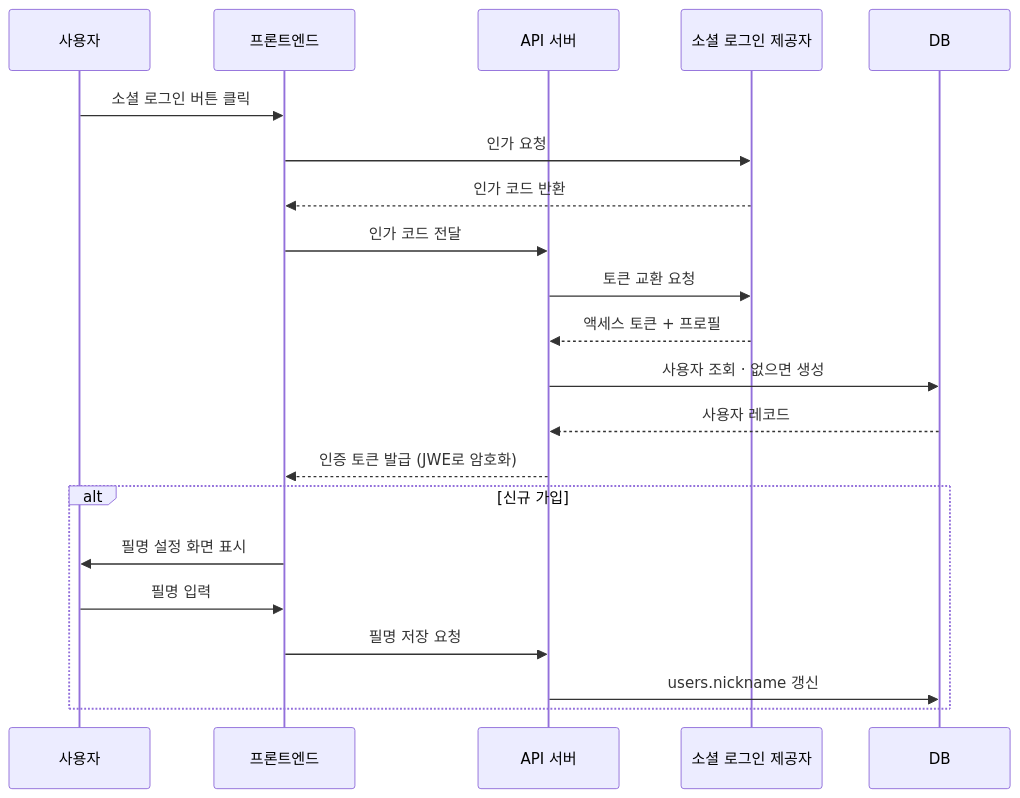
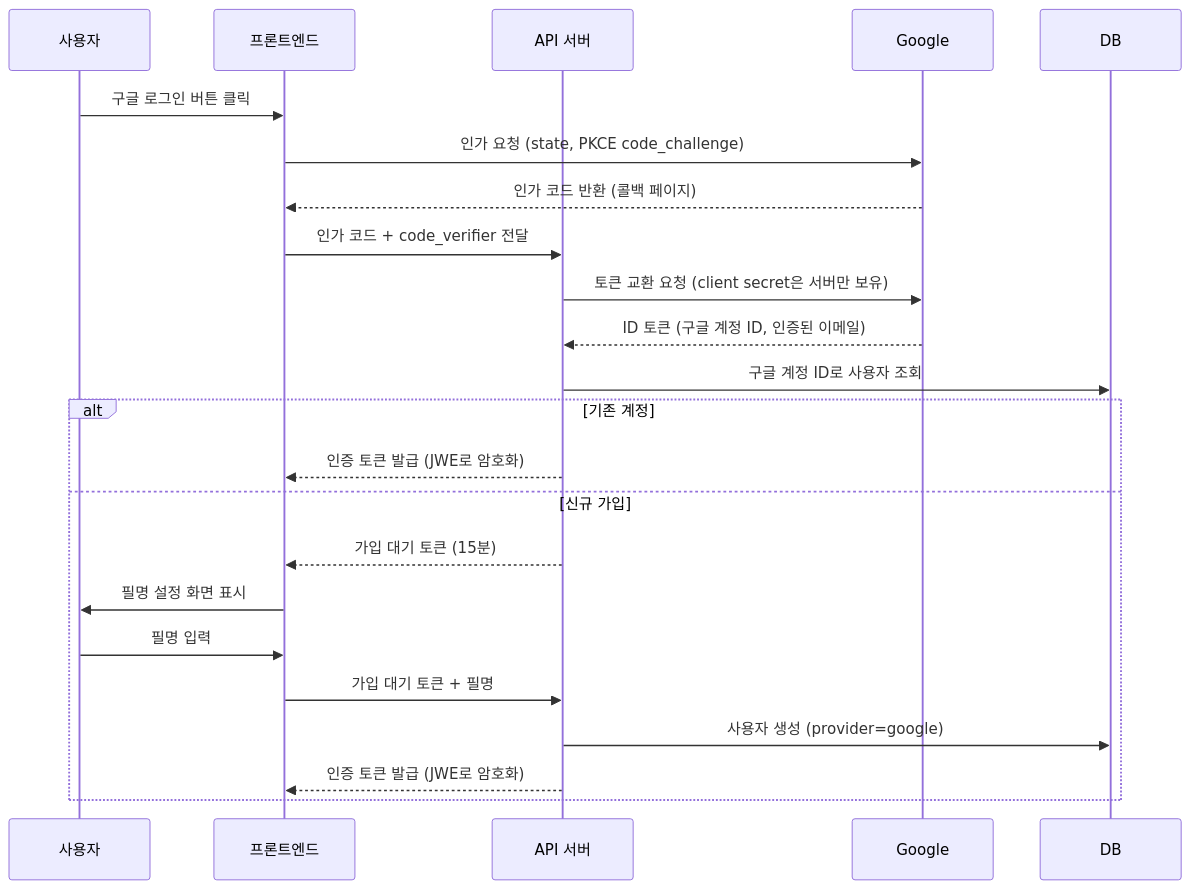
One commit to mminjae97/retcona changed the second of 13 diagrams in README.md. Above: the diagram before and after it, drawn with Mermaid. The commit also changed other lines of this file and 17 other files, not shown here.

````diff
--- a/README.md
+++ b/README.md
@@ -272,24 +272,26 @@
 ```mermaid
 sequenceDiagram
     participant U as 사용자
     participant FE as 프론트엔드
     participant API as API 서버
-    participant OAuth as 소셜 로그인 제공자
+    participant G as Google
     participant DB as DB
 
-    U->>FE: 소셜 로그인 버튼 클릭
-    FE->>OAuth: 인가 요청
-    OAuth-->>FE: 인가 코드 반환
-    FE->>API: 인가 코드 전달
-    API->>OAuth: 토큰 교환 요청
-    OAuth-->>API: 액세스 토큰 + 프로필
-    API->>DB: 사용자 조회 · 없으면 생성
-    DB-->>API: 사용자 레코드
-    API-->>FE: 인증 토큰 발급 (JWE로 암호화)
-    alt 신규 가입
+    U->>FE: 구글 로그인 버튼 클릭
+    FE->>G: 인가 요청 (state, PKCE code_challenge)
+    G-->>FE: 인가 코드 반환 (콜백 페이지)
+    FE->>API: 인가 코드 + code_verifier 전달
+    API->>G: 토큰 교환 요청 (client secret은 서버만 보유)
+    G-->>API: ID 토큰 (구글 계정 ID, 인증된 이메일)
+    API->>DB: 구글 계정 ID로 사용자 조회
+    alt 기존 계정
+        API-->>FE: 인증 토큰 발급 (JWE로 암호화)
+    else 신규 가입
+        API-->>FE: 가입 대기 토큰 (15분)
         FE->>U: 필명 설정 화면 표시
         U->>FE: 필명 입력
-        FE->>API: 필명 저장 요청
-        API->>DB: users.nickname 갱신
+        FE->>API: 가입 대기 토큰 + 필명
+        API->>DB: 사용자 생성 (provider=google)
+        API-->>FE: 인증 토큰 발급 (JWE로 암호화)
     end
 ```
````
